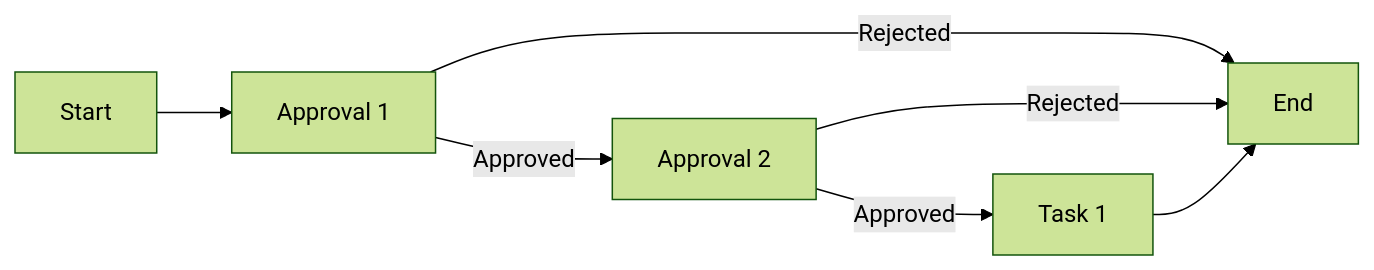
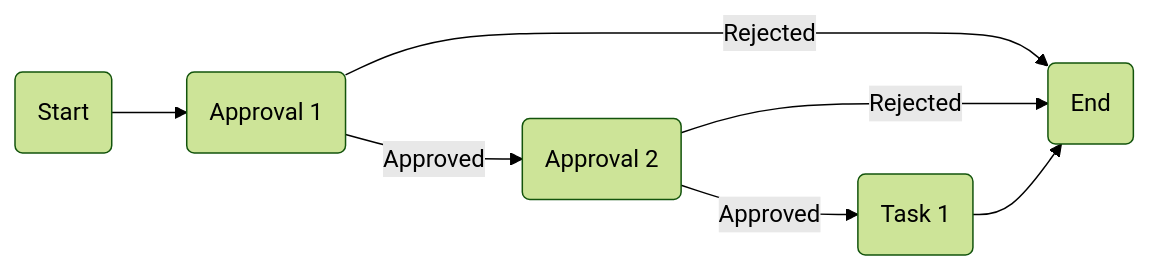
One commit to jacebenson/workflow changed the diagram in public/mmd/2-approval-1-task-serial.mmd. Above: the diagram before and after it, drawn with Mermaid (forest theme). The commit also changed 9 other files, not shown here.

```diff
--- a/public/mmd/2-approval-1-task-serial.mmd
+++ b/public/mmd/2-approval-1-task-serial.mmd
@@ -1,13 +1,13 @@
 graph LR
-  S0[Start]
-  A1[Approval 1]
-  A2[Approval 2]
-  T1[Task 1]
-  E0[End]
+  S0(Start)
+  A1(Approval 1)
+  A2(Approval 2)
+  T1(Task 1)
+  E0(End)
   
   S0-->A1
   A1--Rejected-->E0
   A1--Approved-->A2
   A2--Rejected-->E0
   A2--Approved-->T1
   T1-->E0
```
